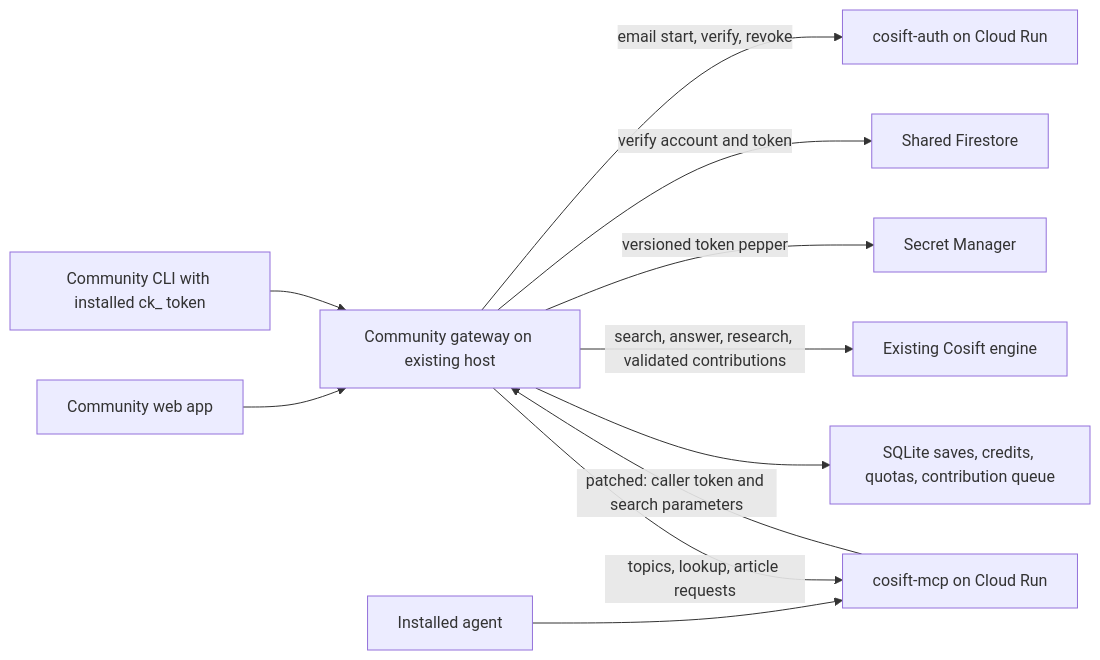
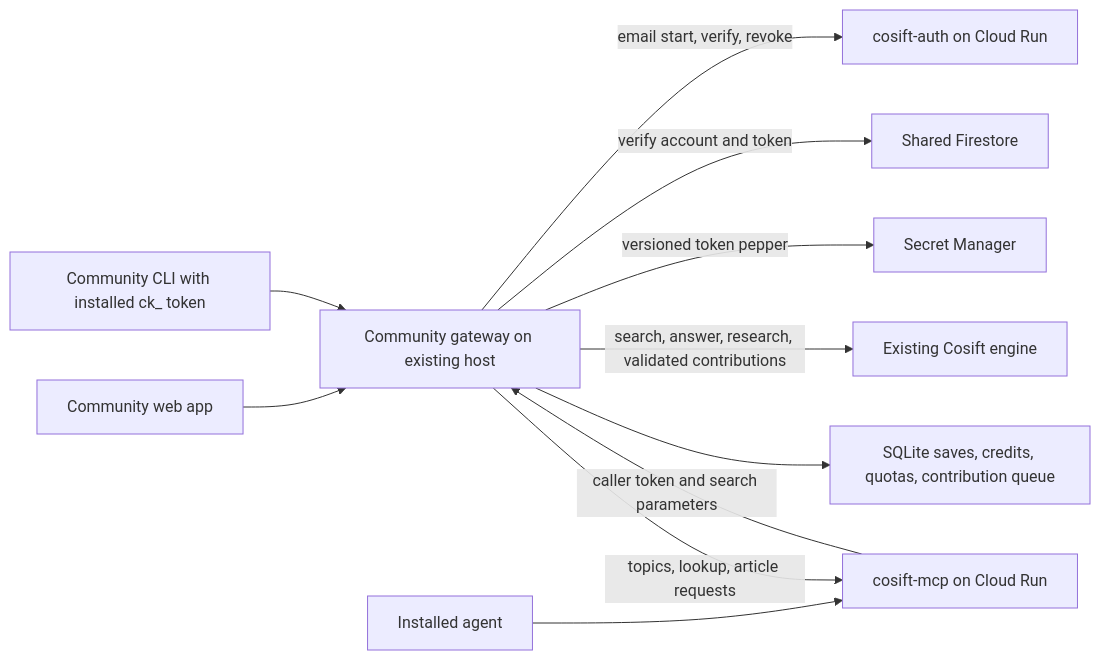
One commit to pilot-protocol/cosift changed the diagram in docs/SHARED-ACCOUNTS.md. Above: the diagram before and after it, drawn with Mermaid. The commit also changed other lines of this file and 5 other files, not shown here.

````diff
--- a/docs/SHARED-ACCOUNTS.md
+++ b/docs/SHARED-ACCOUNTS.md
@@ -26,13 +45,13 @@
 ```mermaid
 flowchart LR
   Web[Community web app] --> Gateway[Community gateway on existing host]
   CLI[Community CLI with installed ck_ token] --> Gateway
   Agent[Installed agent] --> MCP[cosift-mcp on Cloud Run]
-  MCP -->|patched: caller token and search parameters| Gateway
+  MCP -->|caller token and search parameters| Gateway
   Gateway -->|email start, verify, revoke| Auth[cosift-auth on Cloud Run]
   Gateway -->|verify account and token| DB[Shared Firestore]
   Gateway -->|versioned token pepper| SM[Secret Manager]
   Gateway -->|topics, lookup, article requests| MCP
   Gateway -->|search, answer, research, validated contributions| Engine[Existing Cosift engine]
   Gateway --> Local[SQLite saves, credits, quotas, contribution queue]
 ```
````
